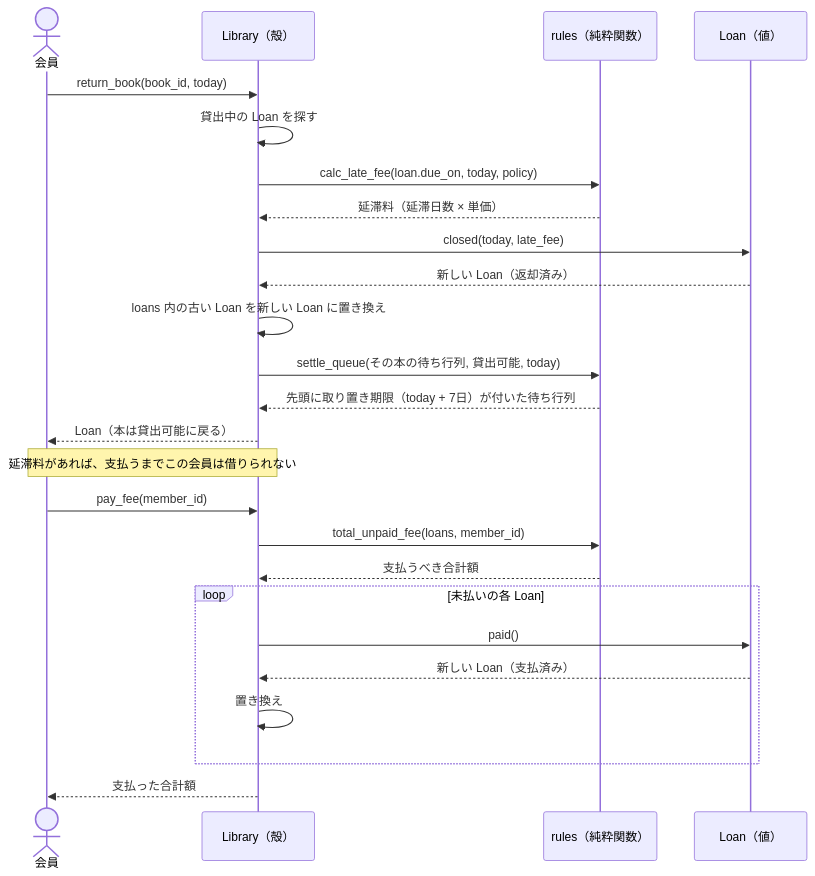
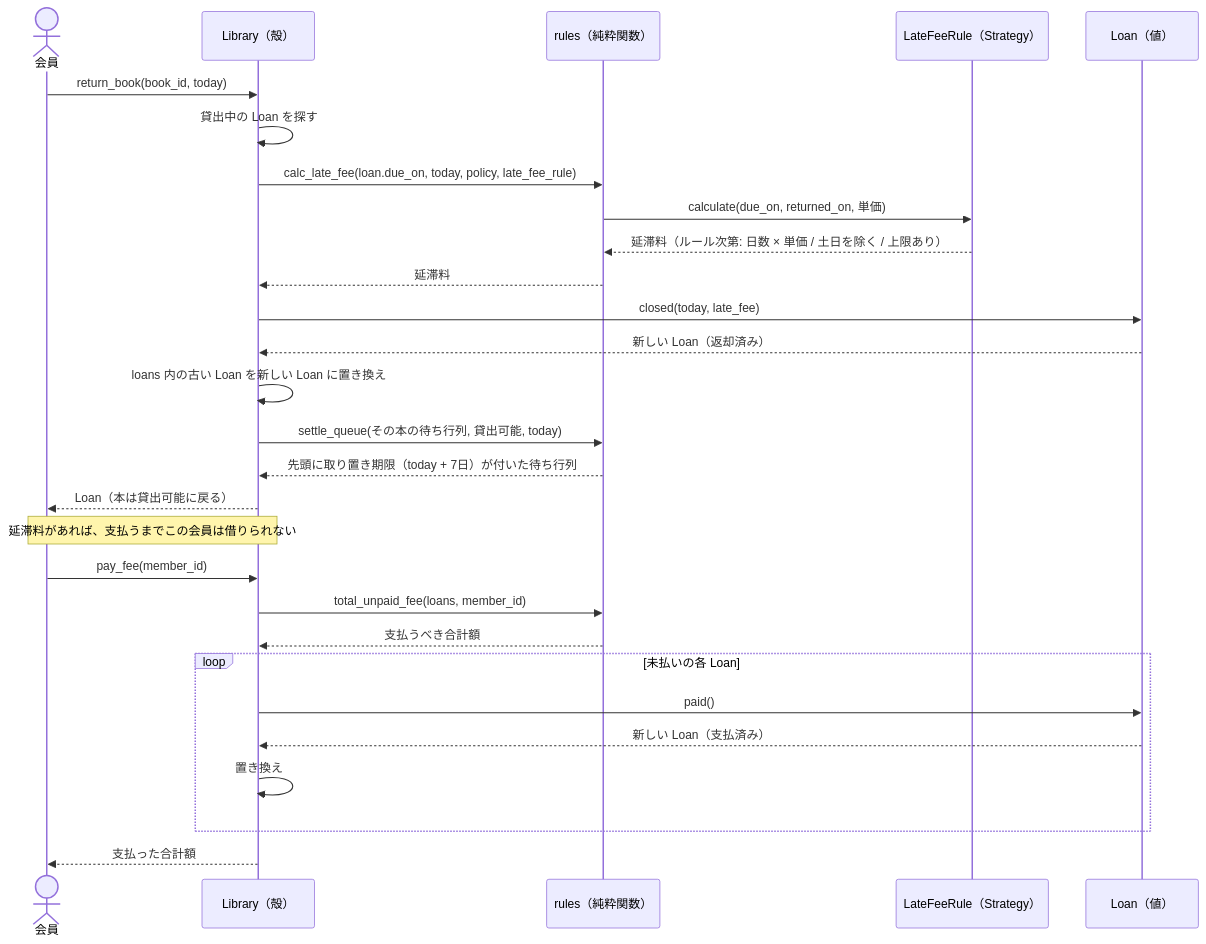
Before and after one commit to satoru-o/oop-learning-sandbox: the seventh of 9 diagrams in 04_mini_library_system/DESIGN.md, drawn with Mermaid. The commit also changed other lines of this file and 8 other files, not shown here.

````diff
--- a/04_mini_library_system/DESIGN.md
+++ b/04_mini_library_system/DESIGN.md
@@ -377,30 +402,33 @@
 ```mermaid
 sequenceDiagram
     actor 会員
     participant Lib as Library（殻）
     participant R as rules（純粋関数）
+    participant F as LateFeeRule（Strategy）
     participant L as Loan（値）
 
     会員->>Lib: return_book(book_id, today)
     Lib->>Lib: 貸出中の Loan を探す
-    Lib->>R: calc_late_fee(loan.due_on, today, policy)
-    R-->>Lib: 延滞料（延滞日数 × 単価）
+    Lib->>R: calc_late_fee(loan.due_on, today, policy, late_fee_rule)
+    R->>F: calculate(due_on, returned_on, 単価)
+    F-->>R: 延滞料（ルール次第: 日数 × 単価 / 土日を除く / 上限あり）
+    R-->>Lib: 延滞料
     Lib->>L: closed(today, late_fee)
     L-->>Lib: 新しい Loan（返却済み）
     Lib->>Lib: loans 内の古い Loan を新しい Loan に置き換え
     Lib->>R: settle_queue(その本の待ち行列, 貸出可能, today)
     R-->>Lib: 先頭に取り置き期限（today + 7日）が付いた待ち行列
     Lib-->>会員: Loan（本は貸出可能に戻る）
 
     Note over 会員,Lib: 延滞料があれば、支払うまでこの会員は借りられない
 
     会員->>Lib: pay_fee(member_id)
     Lib->>R: total_unpaid_fee(loans, member_id)
     R-->>Lib: 支払うべき合計額
     loop 未払いの各 Loan
         Lib->>L: paid()
         L-->>Lib: 新しい Loan（支払済み）
         Lib->>Lib: 置き換え
     end
     Lib-->>会員: 支払った合計額
 ```
````
